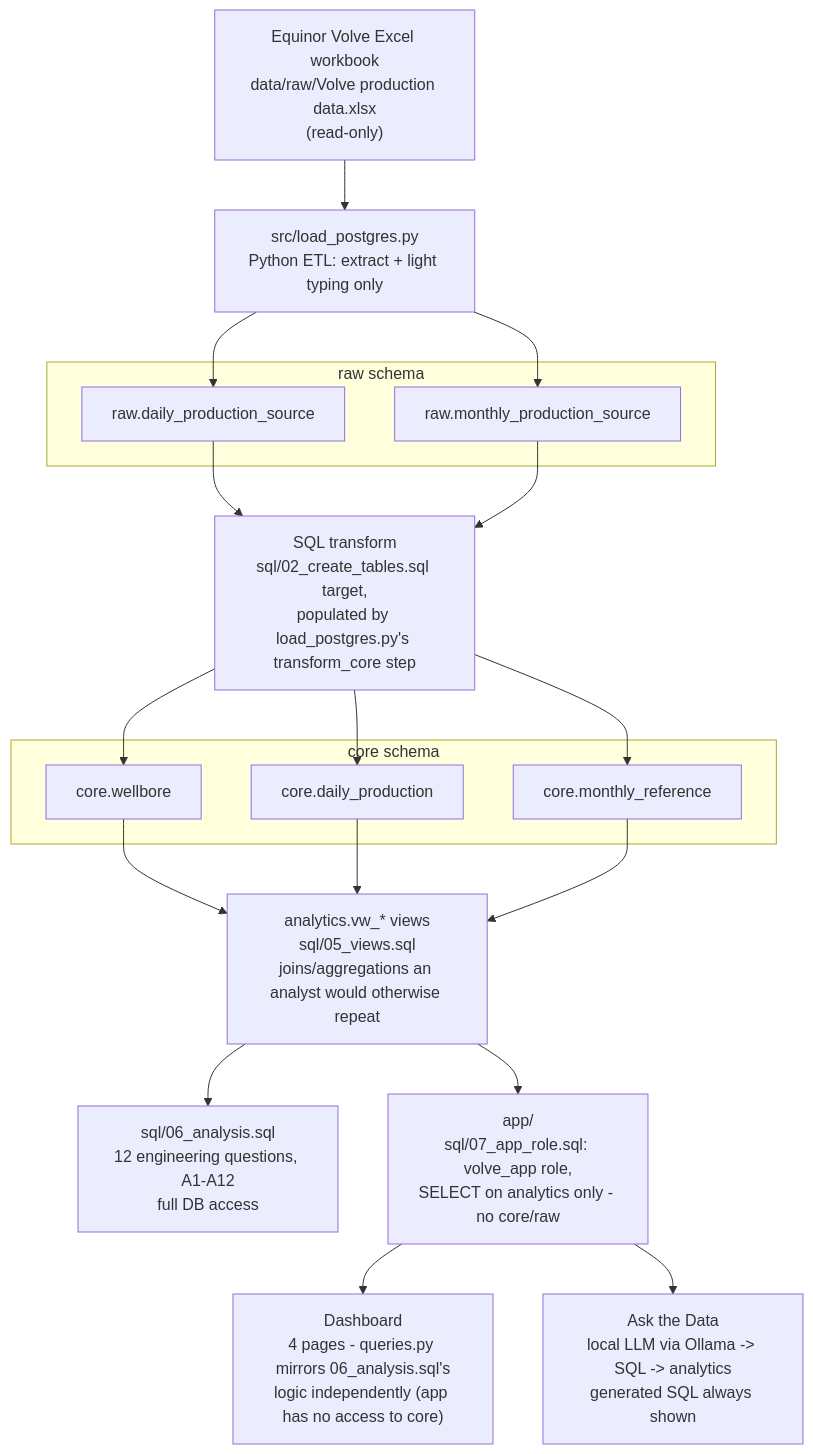
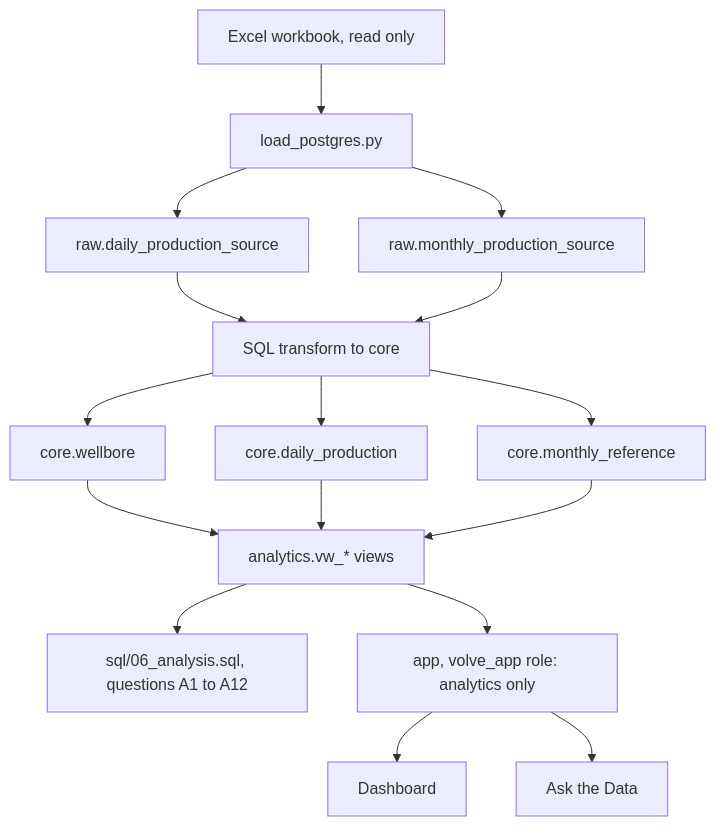
One commit to djimrastephane/Volve_SQL changed the diagram in README.md. Above: the diagram before and after it, drawn with Mermaid.

Commit message:
Simplify architecture diagram - GitHub's renderer was rejecting it
The previous diagram rendered fine with the standalone mermaid-cli
tool, but GitHub's own Mermaid renderer showed "Unable to render rich
display" and fell back to a plain-text code dump - confirmed by
screenshotting the live GitHub page directly, not just trusting local
validation. Also noticed GitHub's markdown processor was applying
smart-punctuation substitution inside the code fence itself (plain
hyphens became en-dashes in the fallback view), which is a plausible
contributor.

Stripped everything that could plausibly be the cause at once rather
than guessing one change at a time: subgraphs, multi-line <br/> labels,
apostrophes, parentheses, and hyphen-as-dash punctuation. Shorter,
single-line node labels; supporting detail already lives in the prose
paragraph right after the diagram, so nothing was actually lost.

````diff
--- a/README.md
+++ b/README.md
@@ -128,41 +128,18 @@
 ```mermaid
 flowchart TD
-    A["Equinor Volve Excel workbook<br/>data/raw/Volve production data.xlsx<br/>(read-only)"]
-    B["src/load_postgres.py<br/>Python ETL: extract + light typing only"]
-    A --> B
-
-    subgraph RAW["raw schema"]
-        C1["raw.daily_production_source"]
-        C2["raw.monthly_production_source"]
-    end
-    B --> C1
-    B --> C2
-
-    D["SQL transform<br/>sql/02_create_tables.sql target,<br/>populated by load_postgres.py's transform_core step"]
-    C1 --> D
+    A[Excel workbook, read only] --> B[load_postgres.py]
+    B --> C1[raw.daily_production_source]
+    B --> C2[raw.monthly_production_source]
+    C1 --> D[SQL transform to core]
     C2 --> D
-
-    subgraph CORE["core schema"]
-        E1["core.wellbore"]
-        E2["core.daily_production"]
-        E3["core.monthly_reference"]
-    end
-    D --> E1
-    D --> E2
-    D --> E3
-
-    F["analytics.vw_* views<br/>sql/05_views.sql<br/>joins/aggregations an analyst would otherwise repeat"]
-    E1 --> F
+    D --> E1[core.wellbore]
+    D --> E2[core.daily_production]
+    D --> E3[core.monthly_reference]
+    E1 --> F[analytics.vw_* views]
     E2 --> F
     E3 --> F
-
-    G["sql/06_analysis.sql<br/>12 engineering questions, A1-A12<br/>full DB access"]
-    H["app/<br/>sql/07_app_role.sql: volve_app role,<br/>SELECT on analytics only - no core/raw"]
-    F --> G
-    F --> H
-
-    I["Dashboard<br/>4 pages - queries.py mirrors 06_analysis.sql's<br/>logic independently (app has no access to core)"]
-    J["Ask the Data<br/>local LLM via Ollama -> SQL -> analytics<br/>generated SQL always shown"]
-    H --> I
-    H --> J
+    F --> G[sql/06_analysis.sql, questions A1 to A12]
+    F --> H[app, volve_app role: analytics only]
+    H --> I[Dashboard]
+    H --> J[Ask the Data]
 ```
````
